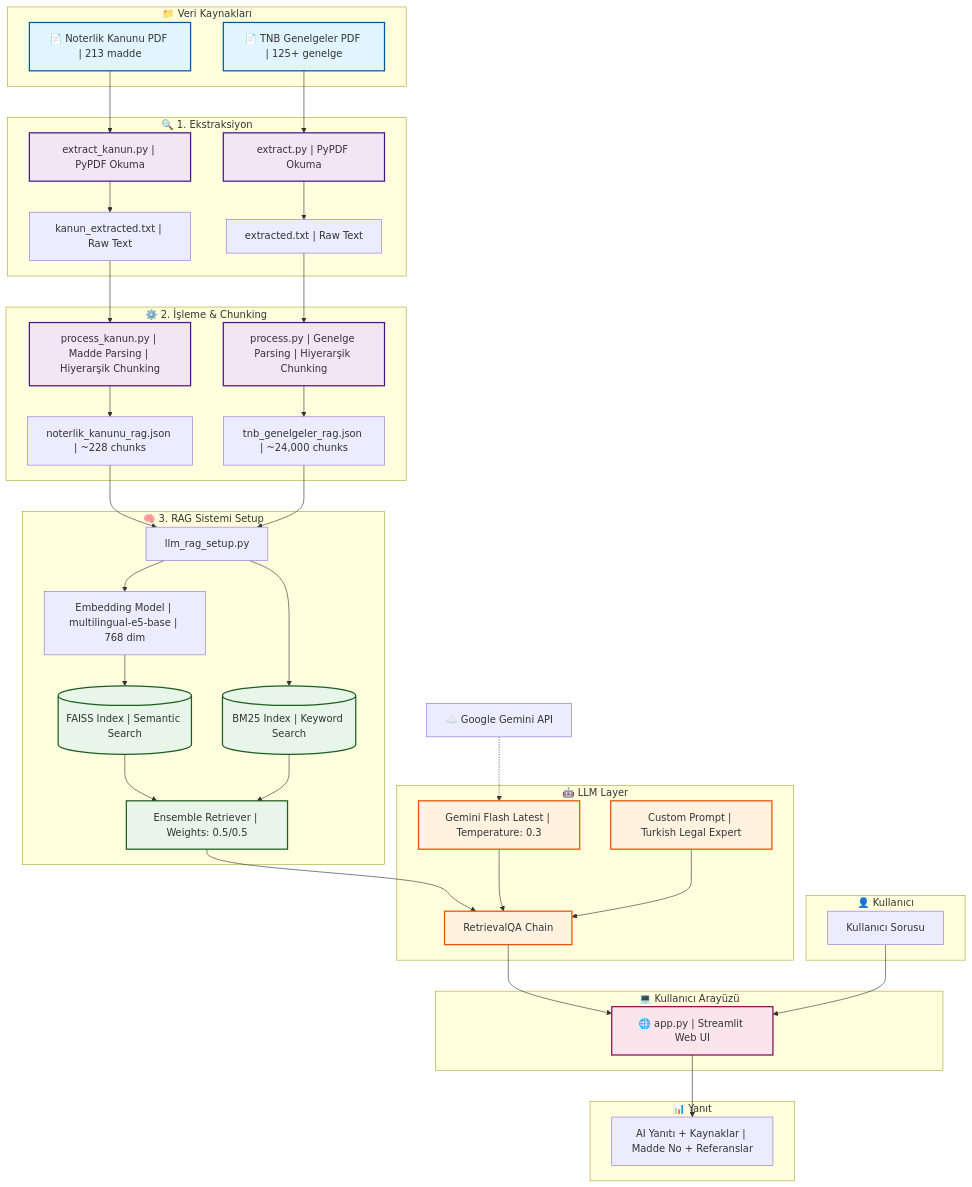
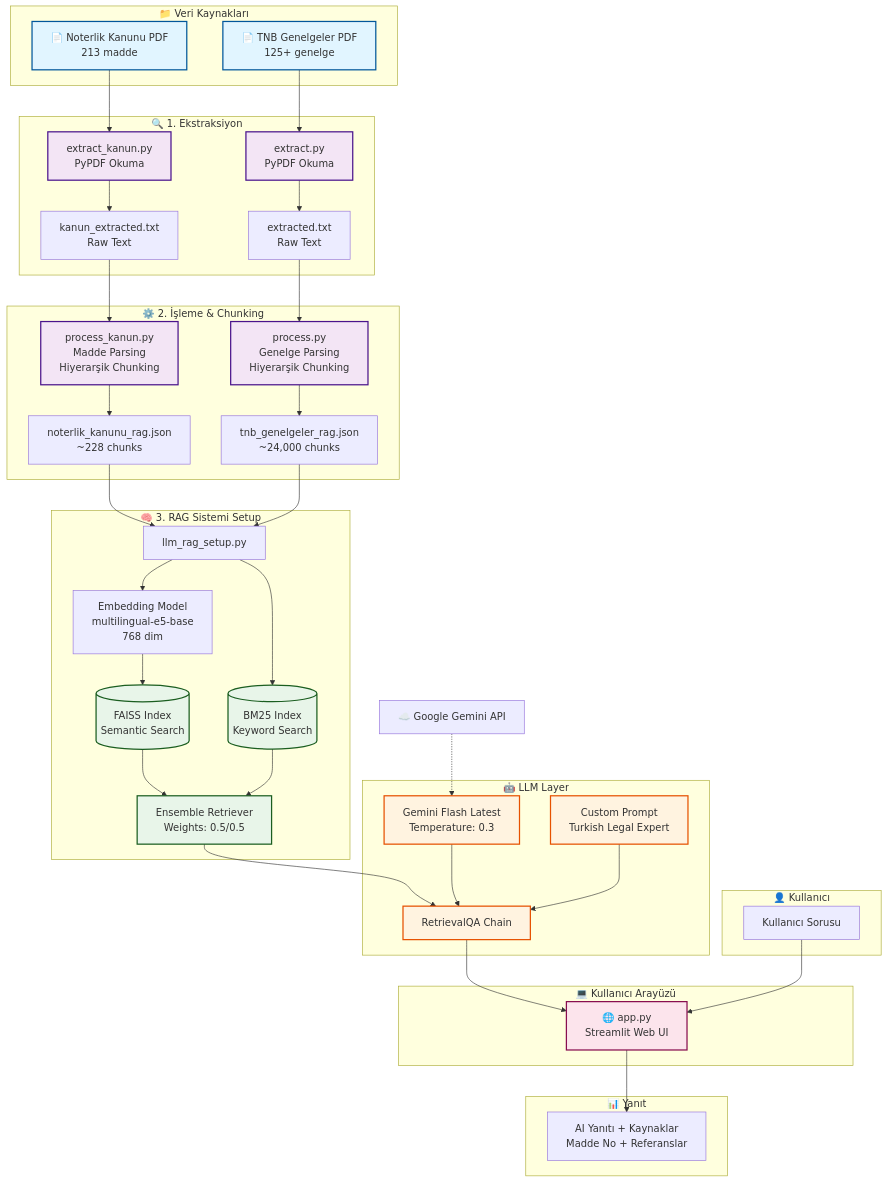
Before and after one commit to Selcuk05/NoterLLM: the diagram in README.md, drawn with Mermaid.

Commit message:
Updated README (hopefully for the last time)

```diff
--- a/README.md
+++ b/README.md
@@ -86,40 +86,40 @@
 %%{ init : { "theme" : "default", "themeVariables" : { "background" : "#000" }}}%%
 graph TB
     subgraph "📁 Veri Kaynakları"
-        PDF1["📄 Noterlik Kanunu PDF | 213 madde"]
-        PDF2["📄 TNB Genelgeler PDF | 125+ genelge"]
+        PDF1["📄 Noterlik Kanunu PDF<br>213 madde"]
+        PDF2["📄 TNB Genelgeler PDF<br>125+ genelge"]
     end
 
     subgraph "🔍 1. Ekstraksiyon"
-        EXT1["extract_kanun.py | PyPDF Okuma"]
-        EXT2["extract.py | PyPDF Okuma"]
-        TXT1["kanun_extracted.txt | Raw Text"]
-        TXT2["extracted.txt | Raw Text"]
+        EXT1["extract_kanun.py<br>PyPDF Okuma"]
+        EXT2["extract.py<br>PyPDF Okuma"]
+        TXT1["kanun_extracted.txt<br>Raw Text"]
+        TXT2["extracted.txt<br>Raw Text"]
     end
 
     subgraph "⚙️ 2. İşleme & Chunking"
-        PROC1["process_kanun.py | Madde Parsing | Hiyerarşik Chunking"]
-        PROC2["process.py | Genelge Parsing | Hiyerarşik Chunking"]
-        JSON1["noterlik_kanunu_rag.json | ~228 chunks"]
-        JSON2["tnb_genelgeler_rag.json | ~24,000 chunks"]
+        PROC1["process_kanun.py<br>Madde Parsing<br>Hiyerarşik Chunking"]
+        PROC2["process.py<br>Genelge Parsing<br>Hiyerarşik Chunking"]
+        JSON1["noterlik_kanunu_rag.json<br>~228 chunks"]
+        JSON2["tnb_genelgeler_rag.json<br>~24,000 chunks"]
     end
 
     subgraph "🧠 3. RAG Sistemi Setup"
         SETUP["llm_rag_setup.py"]
-        EMB["Embedding Model | multilingual-e5-base | 768 dim"]
-        FAISS[("FAISS Index | Semantic Search")]
-        BM25[("BM25 Index | Keyword Search")]
-        ENS["Ensemble Retriever | Weights: 0.5/0.5"]
+        EMB["Embedding Model<br>multilingual-e5-base<br>768 dim"]
+        FAISS[("FAISS Index<br>Semantic Search")]
+        BM25[("BM25 Index<br>Keyword Search")]
+        ENS["Ensemble Retriever<br>Weights: 0.5/0.5"]
     end
 
     subgraph "🤖 LLM Layer"
-        LLM["Gemini Flash Latest | Temperature: 0.3"]
-        PROMPT["Custom Prompt | Turkish Legal Expert"]
+        LLM["Gemini Flash Latest<br>Temperature: 0.3"]
+        PROMPT["Custom Prompt<br>Turkish Legal Expert"]
         CHAIN["RetrievalQA Chain"]
     end
 
     subgraph "💻 Kullanıcı Arayüzü"
-        WEB["🌐 app.py | Streamlit Web UI"]
+        WEB["🌐 app.py<br>Streamlit Web UI"]
     end
 
     subgraph "👤 Kullanıcı"
@@ -127,7 +127,7 @@
     end
 
     subgraph "📊 Yanıt"
-        ANS["AI Yanıtı + Kaynaklar | Madde No + Referanslar"]
+        ANS["AI Yanıtı + Kaynaklar<br>Madde No + Referanslar"]
     end
 
     %% Veri Akışı
@@ -153,7 +153,7 @@
     WEB --> ANS
     
     %% API Bağlantısı
-    GEMINI["☁️ Google Gemini API"] -.-> LLM
+    GEMINI[☁️ Google Gemini API] -.-> LLM
 
     %% Stil
     classDef pdfStyle fill:#e1f5ff,stroke:#01579b,stroke-width:2px
```
